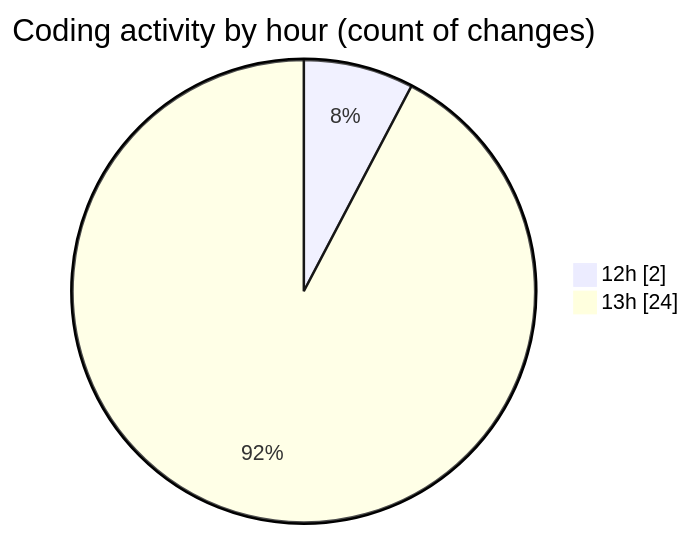
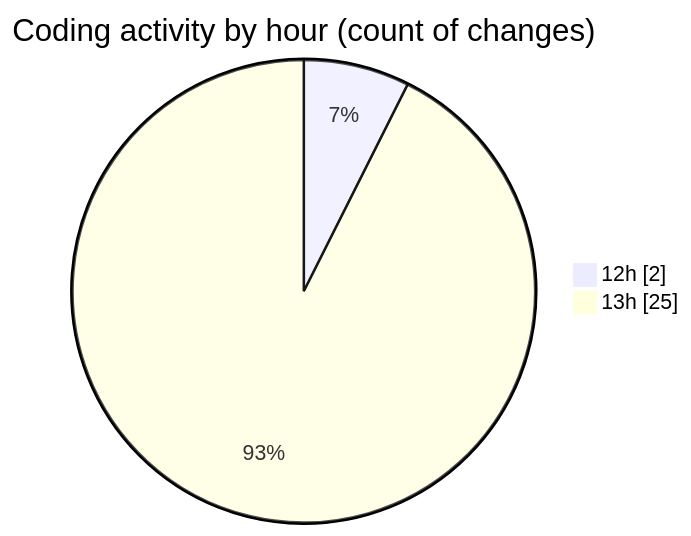
The second of 2 diagrams in 2025-06-20/studio-backend/README.md (idhammustaqopulfikri/code-tracking), drawn with Mermaid before and after one commit. The commit also changed other lines of this file and 1 other file, not shown here.

````diff
--- a/2025-06-20/studio-backend/README.md
+++ b/2025-06-20/studio-backend/README.md
@@ -31,6 +31,6 @@
 ```mermaid
 pie showData
 title Coding activity by hour (count of changes)
 "12h" : 2
-"13h" : 24
+"13h" : 25
 ```
````
